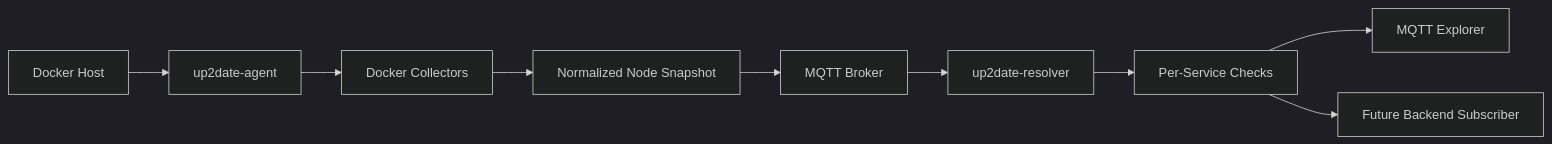
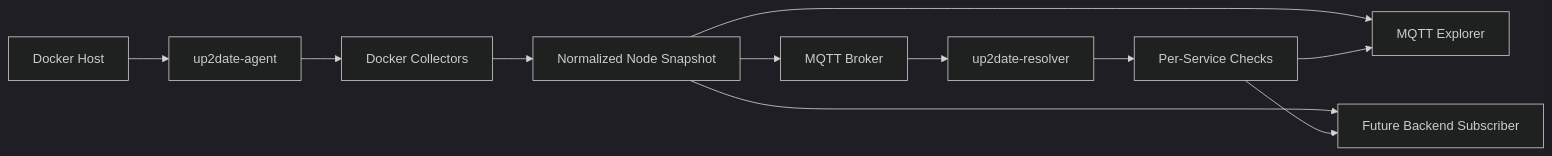
The diagram in docs/architecture.md (ch4rl3x/up2date), drawn with Mermaid (dark theme) before and after one commit. The commit also changed other lines of this file and 19 other files, not shown here.

````diff
--- a/docs/architecture.md
+++ b/docs/architecture.md
@@ -141,11 +165,13 @@
 ```mermaid
 flowchart LR
     A["Docker Host"] --> B["up2date-agent"]
     B --> C["Docker Collectors"]
     C --> D["Normalized Node Snapshot"]
     D --> E["MQTT Broker"]
     E --> F["up2date-resolver"]
     F --> G["Per-Service Checks"]
-    G --> H["MQTT Explorer"]
-    G --> I["Future Backend Subscriber"]
+    D --> H["MQTT Explorer"]
+    G --> H
+    D --> I["Future Backend Subscriber"]
+    G --> I
 ```
````
